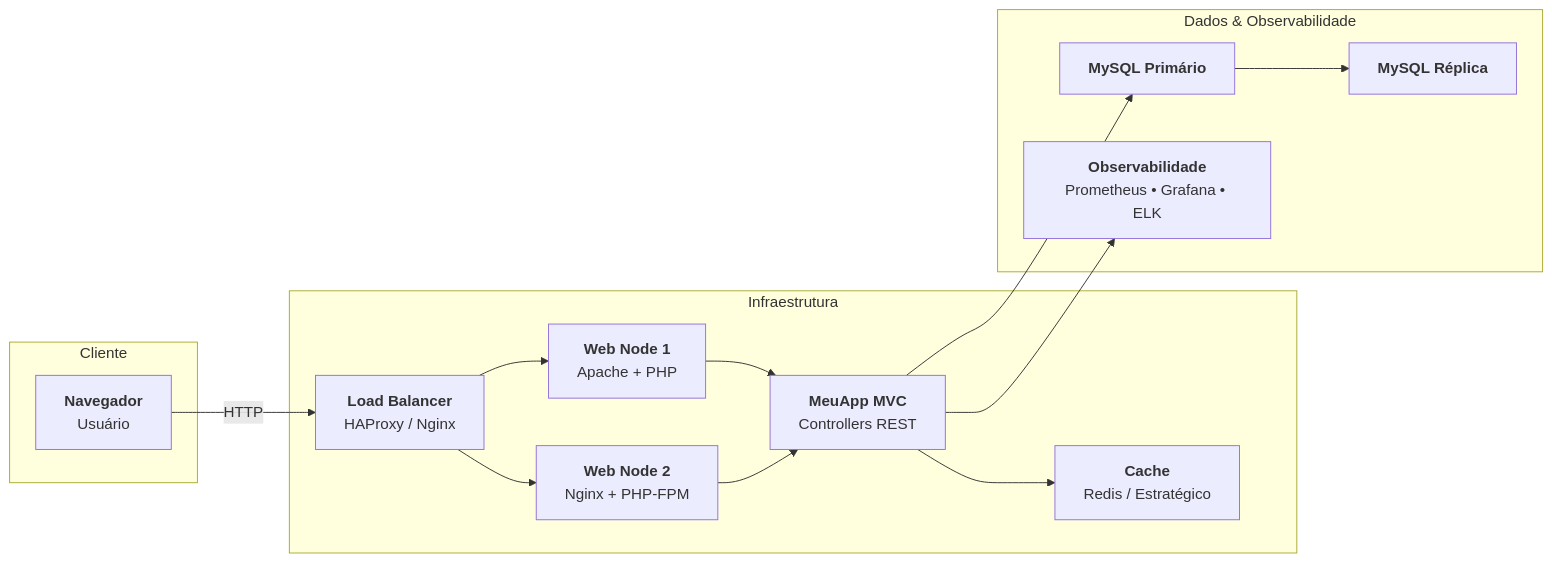
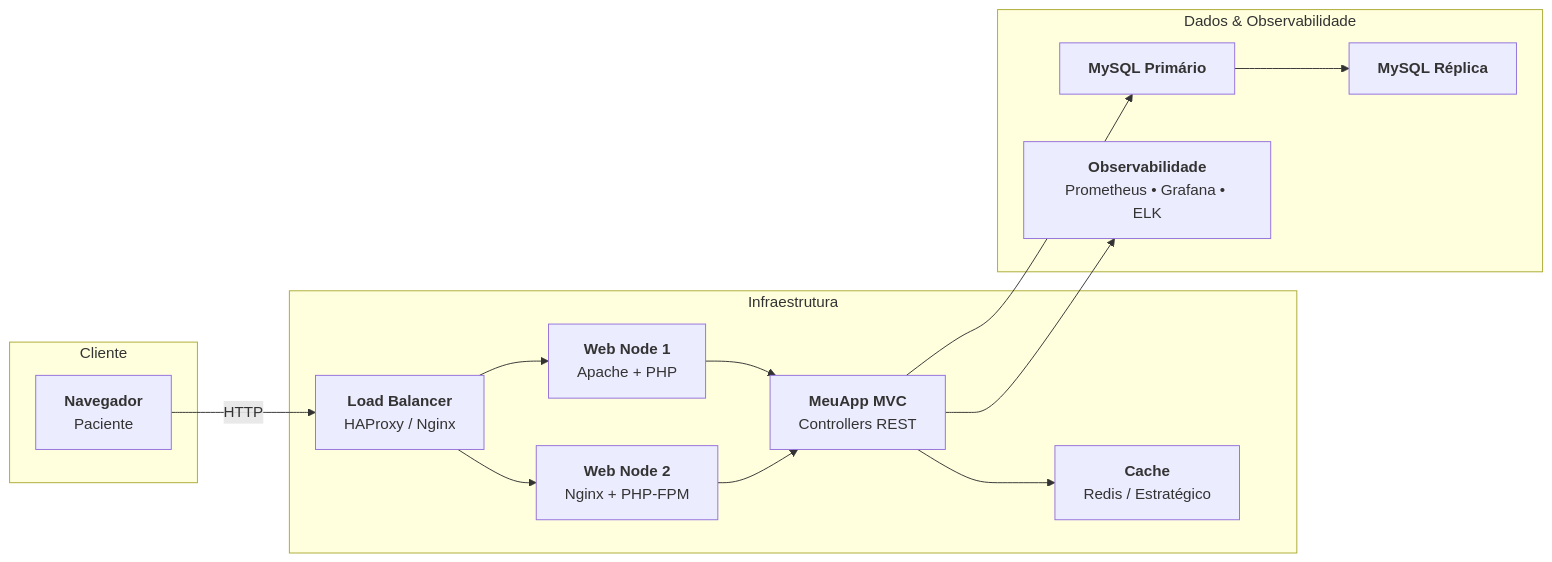
One commit to luciolemos/meuapp changed the first of 3 diagrams in README.md. Above: the diagram before and after it, drawn with Mermaid. The commit also changed 94 other files, not shown here.

````diff
--- a/README.md
+++ b/README.md
@@ -48,31 +48,31 @@
 ```mermaid
 %%{init: {"flowchart": {"useMaxWidth": false, "htmlLabels": true, "nodeSpacing": 50, "rankSpacing": 55}}}%%
 flowchart LR
     subgraph CLIENTE [Cliente]
-        Browser["<strong>Navegador</strong><br/>Usuário"]
+        Browser["<strong>Navegador</strong><br/>Paciente"]
     end
 
     subgraph INFRA [Infraestrutura]
         LB["<strong>Load Balancer</strong><br/>HAProxy / Nginx"]
         Web1["<strong>Web Node 1</strong><br/>Apache + PHP"]
         Web2["<strong>Web Node 2</strong><br/>Nginx + PHP-FPM"]
         API["<strong>MeuApp MVC</strong><br/>Controllers REST"]
         Cache["<strong>Cache</strong><br/>Redis / Estratégico"]
     end
 
     subgraph DADOS [Dados & Observabilidade]
         DB_Primary["<strong>MySQL Primário</strong>"]
         DB_Replica["<strong>MySQL Réplica</strong>"]
         Observability["<strong>Observabilidade</strong><br/>Prometheus • Grafana • ELK"]
     end
 
     Browser -->|HTTP| LB
     LB --> Web1
     LB --> Web2
     Web1 --> API
     Web2 --> API
     API --> Cache
     API --> DB_Primary
     DB_Primary --> DB_Replica
     API --> Observability
 ```
````
